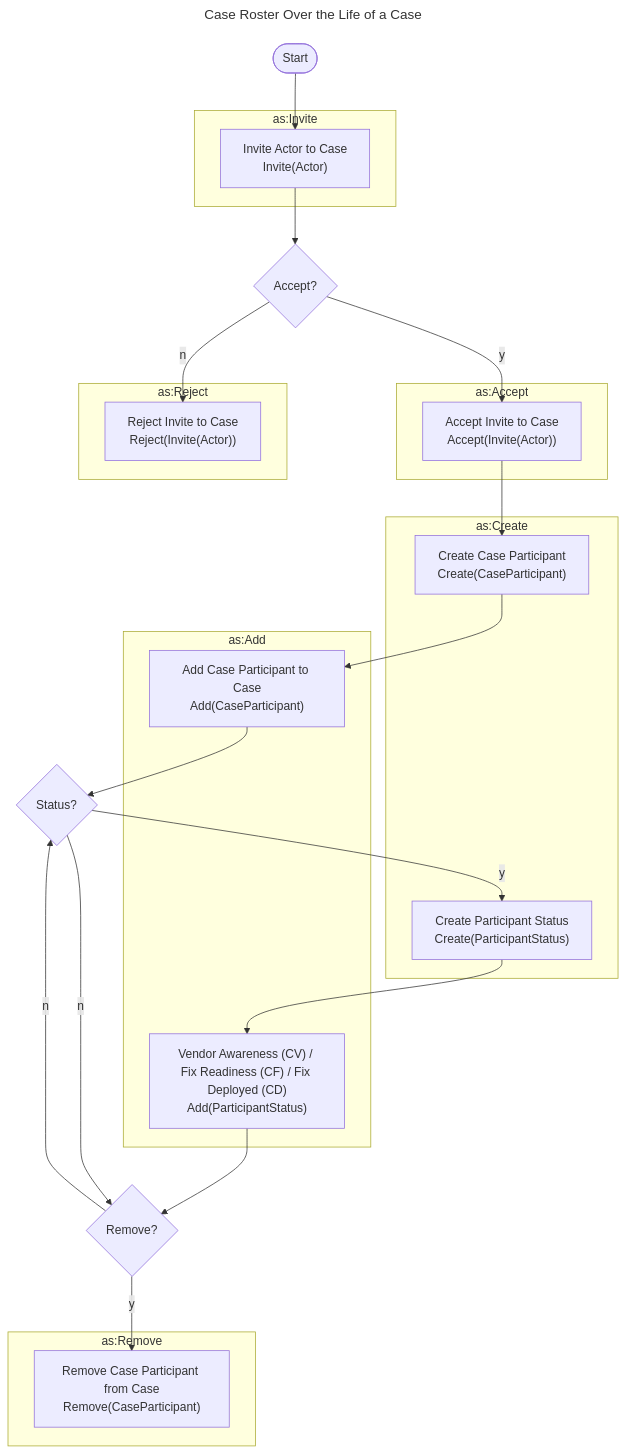
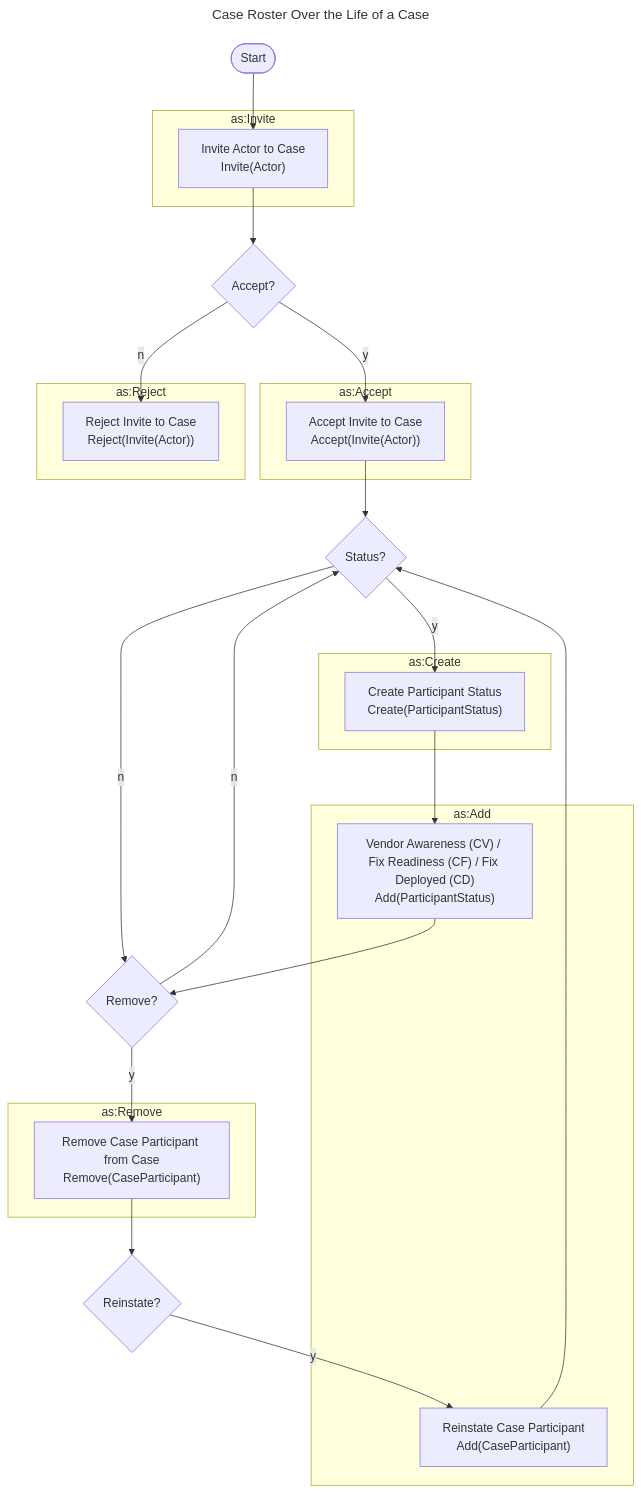
The diagram in docs/howto/activitypub/activities/manage_participants.md (CERTCC/Vultron), drawn with Mermaid before and after one commit. The commit also changed other lines of this file and 51 other files, not shown here.

````diff
--- a/docs/howto/activitypub/activities/manage_participants.md
+++ b/docs/howto/activitypub/activities/manage_participants.md
@@ -30,41 +30,41 @@
 ```mermaid
 ---
 title: Case Roster Over the Life of a Case
 ---
 flowchart TB
     subgraph as:Invite
         RmInviteToCase["Invite Actor to Case<br/>Invite(Actor)"]
     end
     subgraph as:Accept
         RmAcceptInviteToCase["Accept Invite to Case<br/>Accept(Invite(Actor))"]
     end
     subgraph as:Reject
         RmRejectInviteToCase["Reject Invite to Case<br/>Reject(Invite(Actor))"]
     end
     subgraph as:Create
-        CreateParticipant["Create Case Participant<br/>Create(CaseParticipant)"]
         CreateParticipantStatus["Create Participant Status<br/>Create(ParticipantStatus)"]
     end
     subgraph as:Add
-        AddParticipantToCase["Add Case Participant to Case<br/>Add(CaseParticipant)"]
         AddStatusToParticipant["Vendor Awareness (CV) / Fix Readiness (CF) / Fix Deployed (CD)<br/>Add(ParticipantStatus)"]
+        AddParticipantToCase["Reinstate Case Participant<br/>Add(CaseParticipant)"]
     end
     subgraph as:Remove
         RemoveParticipantFromCase["Remove Case Participant from Case<br/>Remove(CaseParticipant)"]
     end
     start([Start])
     start --> RmInviteToCase
     RmInviteToCase --> a{Accept?}
     a -->|y| RmAcceptInviteToCase
     a -->|n| RmRejectInviteToCase
-    RmAcceptInviteToCase --> CreateParticipant
+    RmAcceptInviteToCase --> s{Status?}
 
     CreateParticipantStatus --> AddStatusToParticipant
-    CreateParticipant --> AddParticipantToCase
-    AddParticipantToCase --> s{Status?}
     s -->|y| CreateParticipantStatus
     s -->|n| r{Remove?}
     AddStatusToParticipant --> r
     r -->|y| RemoveParticipantFromCase
     r -->|n| s
+    RemoveParticipantFromCase --> b{Reinstate?}
+    b -->|y| AddParticipantToCase
+    AddParticipantToCase --> s
 ```
````
